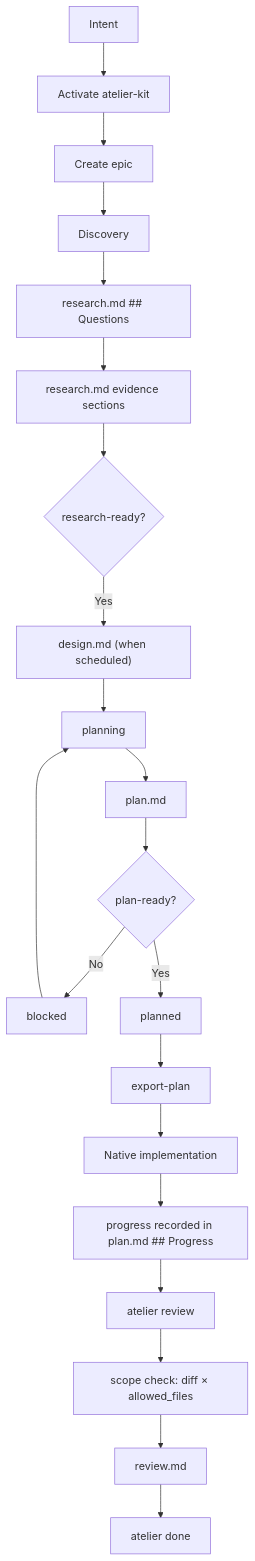
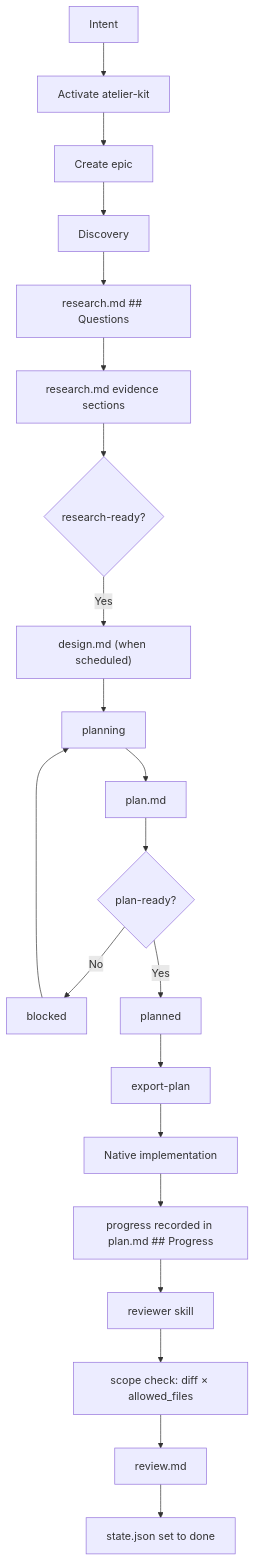
One commit to atelier-kit/atelier-kit changed diagram 16 of 17 in atelier-kit-manifesto.md. Above: the diagram before and after it, drawn with Mermaid. The commit also changed other lines of this file and 31 other files, not shown here.

````diff
--- a/atelier-kit-manifesto.md
+++ b/atelier-kit-manifesto.md
@@ -527,23 +536,23 @@
 ```mermaid
 flowchart TB
     Intent[Intent] --> Activate[Activate atelier-kit]
     Activate --> Epic[Create epic]
     Epic --> Discovery[Discovery]
     Discovery --> Questions["research.md ## Questions"]
     Questions --> Research["research.md evidence sections"]
     Research --> RGate{research-ready?}
     RGate -->|Yes| Design["design.md (when scheduled)"]
     Design --> Planning[planning]
     Planning --> Plan[plan.md]
     Plan --> Gate{plan-ready?}
     Gate -->|No| Blocked[blocked]
     Blocked --> Planning
     Gate -->|Yes| Planned[planned]
     Planned --> Mirror[export-plan]
     Mirror --> Native[Native implementation]
     Native --> Progress["progress recorded in plan.md ## Progress"]
-    Progress --> Review[atelier review]
+    Progress --> Review[reviewer skill]
     Review --> Scope["scope check: diff × allowed_files"]
     Scope --> ReviewMD[review.md]
-    ReviewMD --> Done[atelier done]
+    ReviewMD --> Done[state.json set to done]
 ```
````
